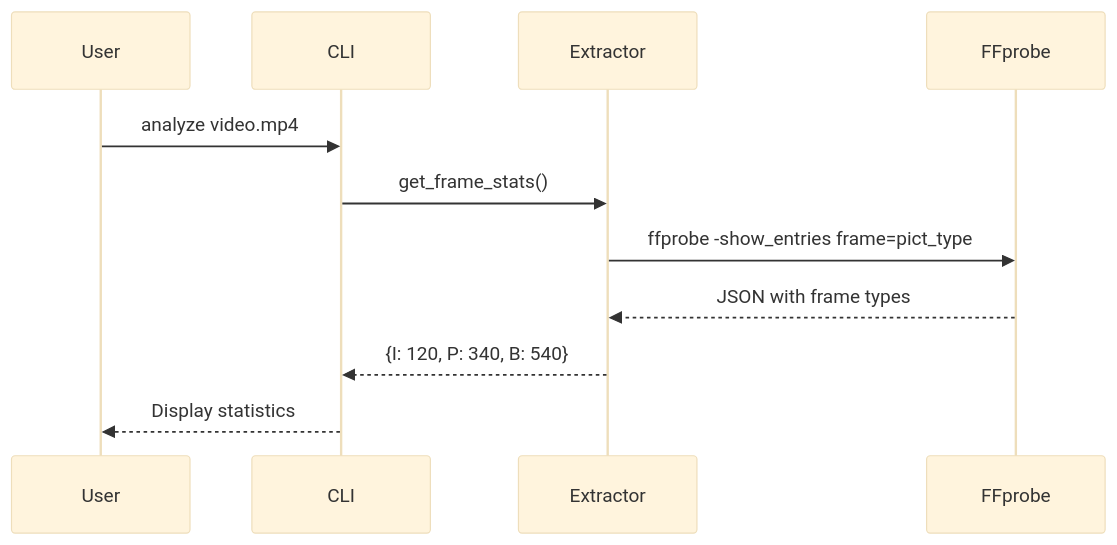
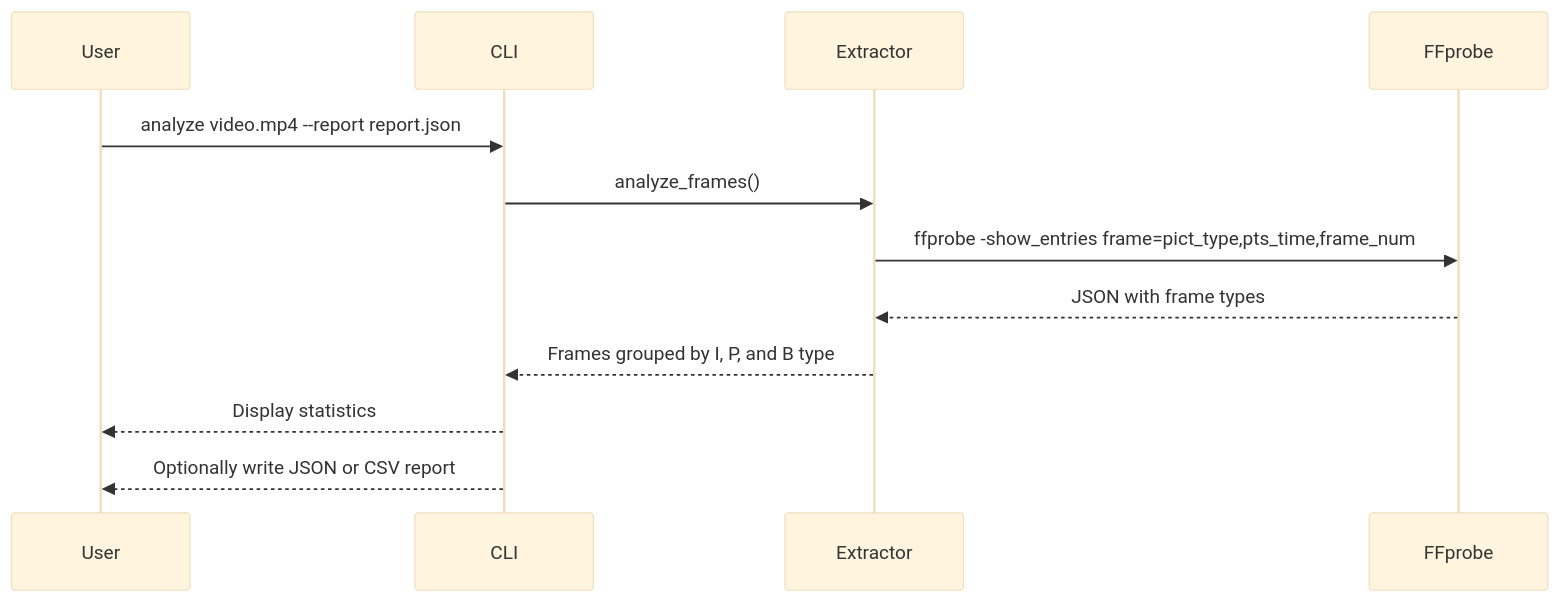
One commit to ashishsaud2025/frame-inspector changed the second of 5 diagrams in architecture.md. Above: the diagram before and after it, drawn with Mermaid (base theme). The commit also changed other lines of this file and 1 other file, not shown here.

Commit message:
update documentation and architecture diagrams

````diff
--- a/architecture.md
+++ b/architecture.md
@@ -37,14 +40,15 @@
 ```mermaid
 sequenceDiagram
     participant U as User
     participant CLI as CLI
     participant EXT as Extractor
     participant FP as FFprobe
     
-    U->>CLI: analyze video.mp4
-    CLI->>EXT: get_frame_stats()
-    EXT->>FP: ffprobe -show_entries frame=pict_type
+    U->>CLI: analyze video.mp4 --report report.json
+    CLI->>EXT: analyze_frames()
+    EXT->>FP: ffprobe -show_entries frame=pict_type,pts_time,frame_num
     FP-->>EXT: JSON with frame types
-    EXT-->>CLI: {I: 120, P: 340, B: 540}
+    EXT-->>CLI: Frames grouped by I, P, and B type
     CLI-->>U: Display statistics
+    CLI-->>U: Optionally write JSON or CSV report
 ```
````
